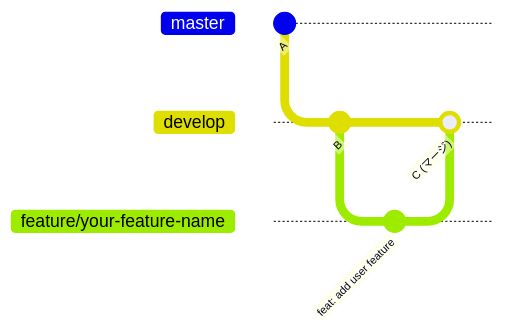
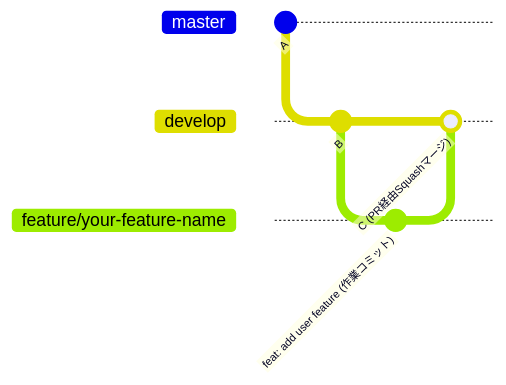
Before and after one commit to raysihto-d250311a/ops-guides-ja: the first of 10 diagrams in docs/branching-and-deployment-runbook.md, drawn with Mermaid. The commit also changed other lines of this file, not shown here.

First line of the commit message:
docs: add checkout -B warnings and update commit graphs for PR-based Squash merge (#17)

````diff
--- a/docs/branching-and-deployment-runbook.md
+++ b/docs/branching-and-deployment-runbook.md
@@ -64,13 +85,13 @@
 ```mermaid
 %%{init: {'gitGraph': {'mainBranchName': 'master'}} }%%
 gitGraph
     commit id: "A"
     branch develop
     checkout develop
     commit id: "B"
     branch feature/your-feature-name
     checkout feature/your-feature-name
-    commit id: "feat: add user feature"
+    commit id: "feat: add user feature (作業コミット)"
     checkout develop
-    merge feature/your-feature-name id: "C (マージ)"
+    merge feature/your-feature-name id: "C (PR経由Squashマージ)"
 ```
````
